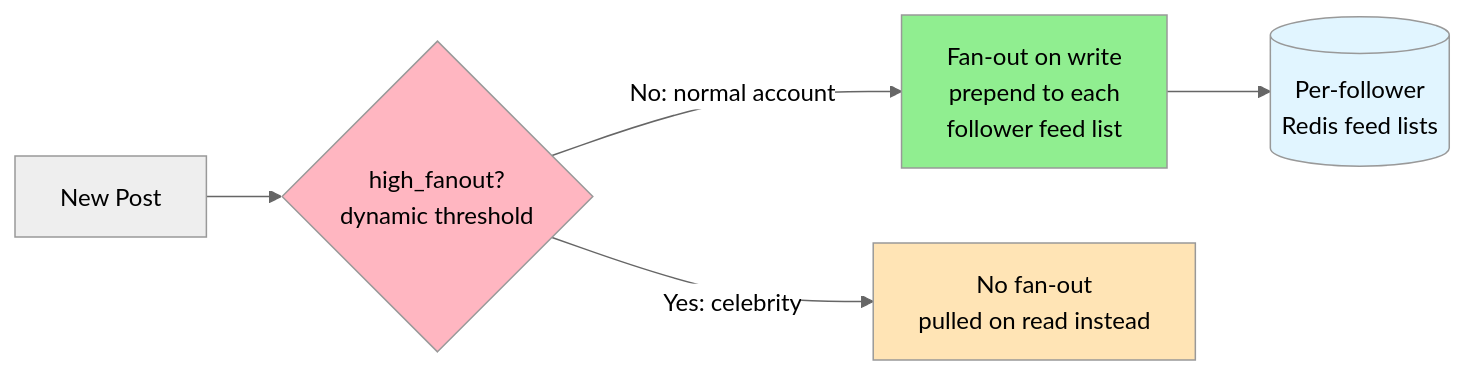
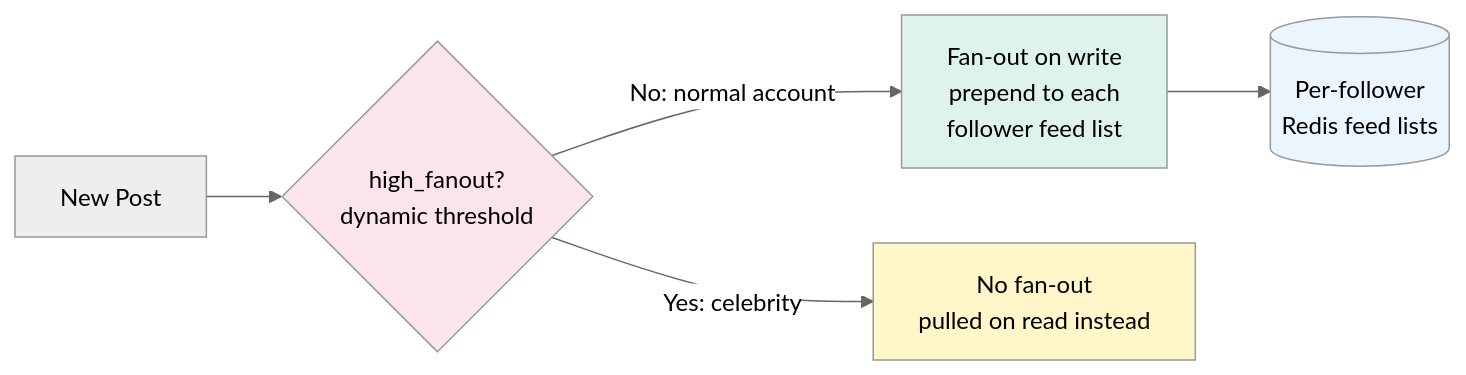
Before and after one commit to cartmancodes/InterviewVault: the fifth of 6 diagrams in LLD/questions/Design Instagram.md, drawn with Mermaid (neutral theme). The commit also changed other lines of this file and 679 other files, not shown here.

Commit message:
Unify content diagrams and add accessible visual walkthroughs

````diff
--- a/LLD/questions/Design Instagram.md
+++ b/LLD/questions/Design Instagram.md
@@ -272,12 +272,12 @@
 ```mermaid
 graph LR
     Post[New Post] --> Router{high_fanout?<br/>dynamic threshold}
     Router -->|"No: normal account"| Fanout[Fan-out on write<br/>prepend to each<br/>follower feed list]
     Router -->|"Yes: celebrity"| Skip[No fan-out<br/>pulled on read instead]
     Fanout --> Lists[(Per-follower<br/>Redis feed lists)]
 
-    style Fanout fill:#90EE90
-    style Skip fill:#FFE4B5
-    style Lists fill:#e1f5ff
-    style Router fill:#FFB6C1
+    style Fanout fill:#DDF3EC
+    style Skip fill:#FFF6C9
+    style Lists fill:#EAF5FD
+    style Router fill:#FCE5EA
 ```
````
